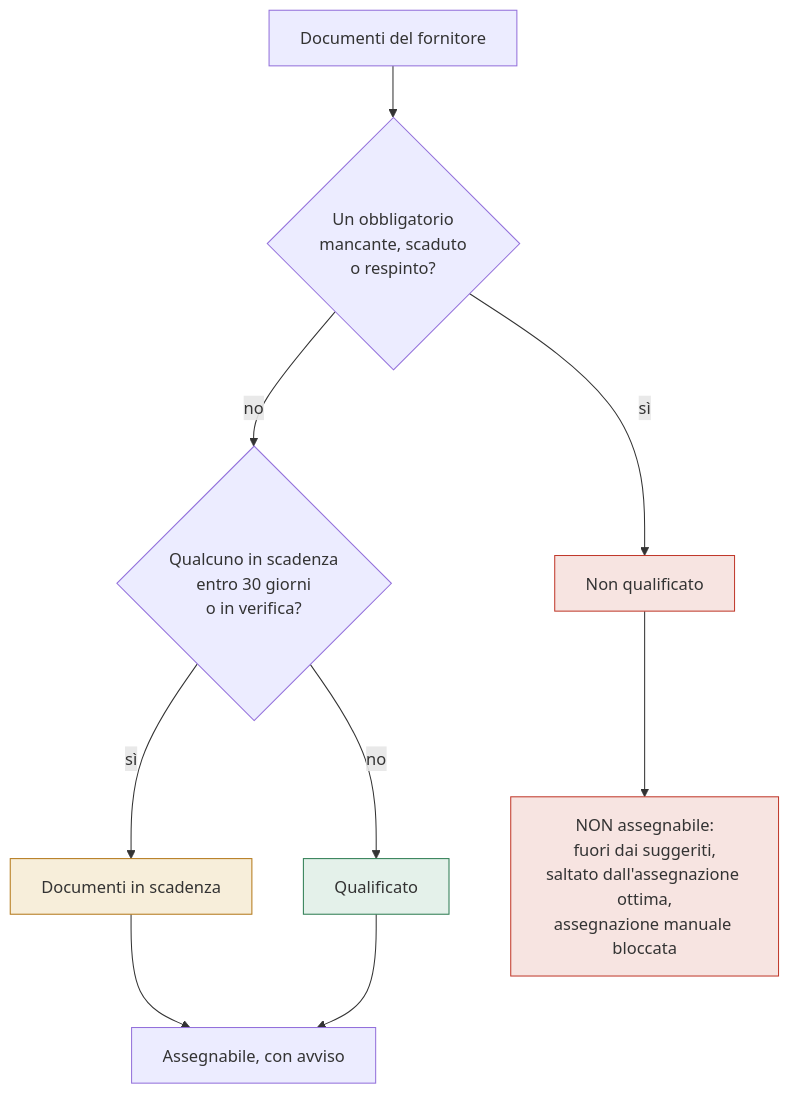
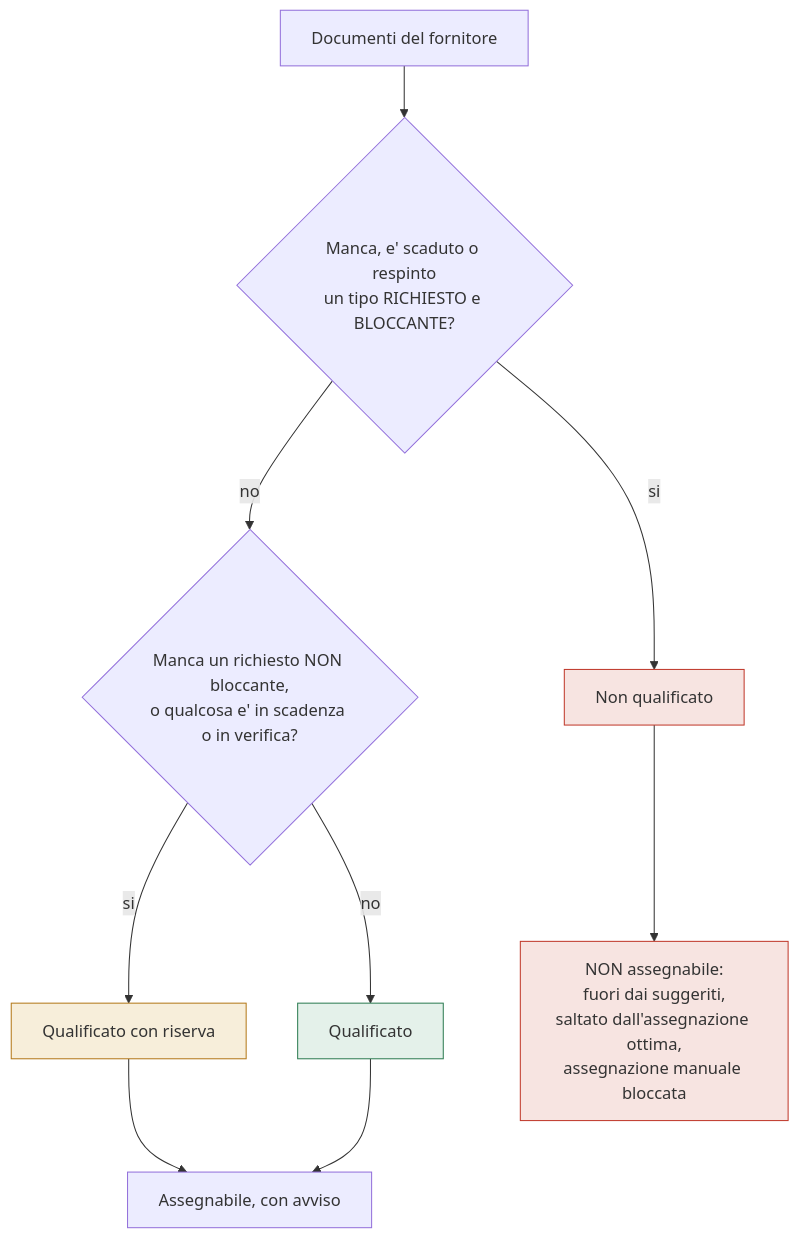
Before and after one commit to LucaRighiNet/Default: the sixth of 14 diagrams in portale-fornitori/SPECIFICHE.md, drawn with Mermaid. The commit also changed other lines of this file and 5 other files, not shown here.

````diff
--- a/portale-fornitori/SPECIFICHE.md
+++ b/portale-fornitori/SPECIFICHE.md
@@ -289,16 +320,16 @@
 ```mermaid
 flowchart TD
-    D[Documenti del fornitore] --> S{Un obbligatorio<br/>mancante, scaduto<br/>o respinto?}
-    S -->|sì| NQ[Non qualificato]
-    S -->|no| E{Qualcuno in scadenza<br/>entro 30 giorni<br/>o in verifica?}
-    E -->|sì| IS[Documenti in scadenza]
+    D[Documenti del fornitore] --> S{Manca, e' scaduto o respinto<br/>un tipo RICHIESTO e BLOCCANTE?}
+    S -->|si| NQ[Non qualificato]
+    S -->|no| E{Manca un richiesto NON bloccante,<br/>o qualcosa e' in scadenza o in verifica?}
+    E -->|si| IS[Qualificato con riserva]
     E -->|no| QU[Qualificato]
     NQ --> B[NON assegnabile:<br/>fuori dai suggeriti,<br/>saltato dall'assegnazione ottima,<br/>assegnazione manuale bloccata]
     IS --> A[Assegnabile, con avviso]
     QU --> A
 
     style NQ fill:#F7E4E1,stroke:#C0392B
     style IS fill:#F7EEDA,stroke:#B4791A
     style QU fill:#E4F1EA,stroke:#2E7D53
     style B fill:#F7E4E1,stroke:#C0392B
 ```
````
